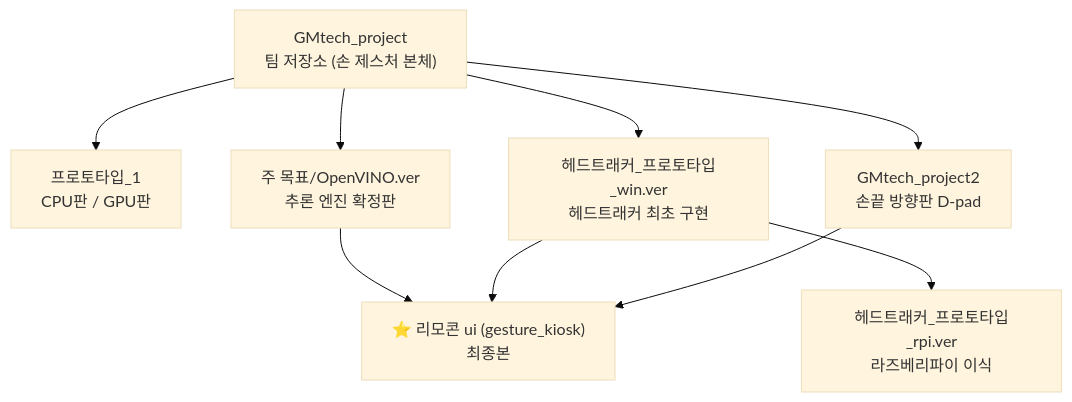
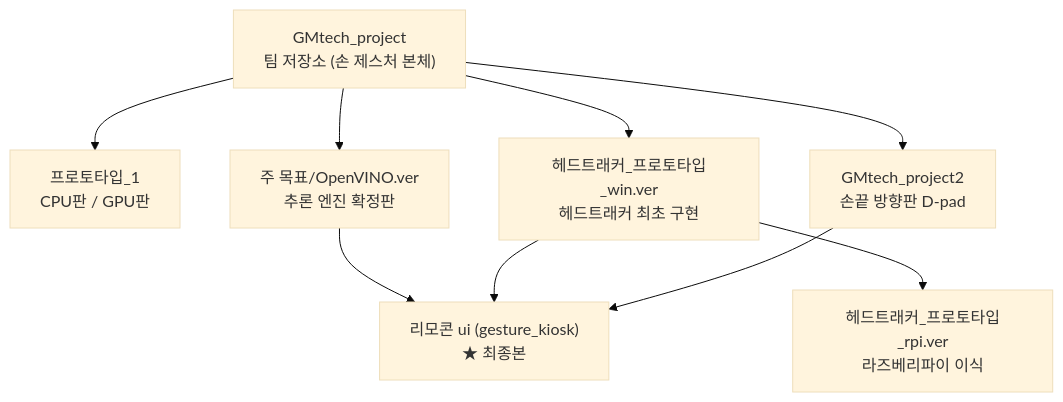
The second of 2 diagrams in 2026/01. 광명테크 인턴 - 배리어프리 키오스크/README.md (kakabab12/My_portfolio), drawn with Mermaid (base theme) before and after one commit. The commit also changed other lines of this file and 13 other files, not shown here.

````diff
--- a/2026/01. 광명테크 인턴 - 배리어프리 키오스크/README.md
+++ b/2026/01. 광명테크 인턴 - 배리어프리 키오스크/README.md
@@ -55,11 +56,11 @@
 ```mermaid
 flowchart TD
     A["GMtech_project<br/>팀 저장소 (손 제스처 본체)"] --> B["프로토타입_1<br/>CPU판 / GPU판"]
     A --> C["주 목표/OpenVINO.ver<br/>추론 엔진 확정판"]
     A --> D["헤드트래커_프로토타입_win.ver<br/>헤드트래커 최초 구현"]
     D --> E["헤드트래커_프로토타입_rpi.ver<br/>라즈베리파이 이식"]
     A --> F["GMtech_project2<br/>손끝 방향판 D-pad"]
-    C --> G["⭐ 리모콘 ui (gesture_kiosk)<br/>최종본"]
+    C --> G["리모콘 ui (gesture_kiosk)<br/>★ 최종본"]
     D --> G
     F --> G
 ```
````
